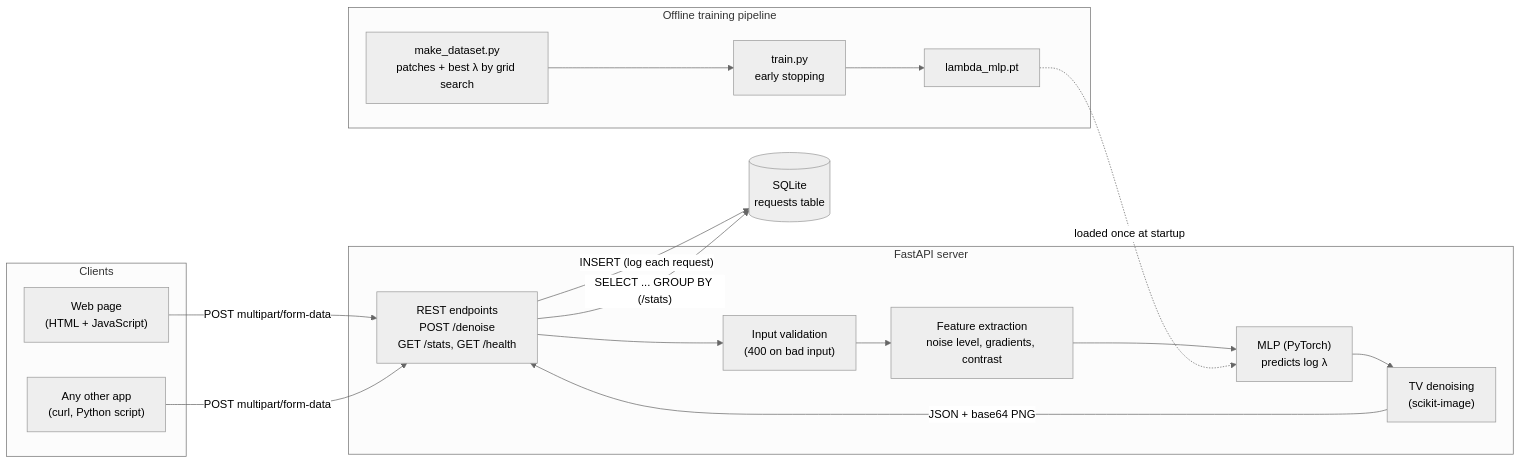
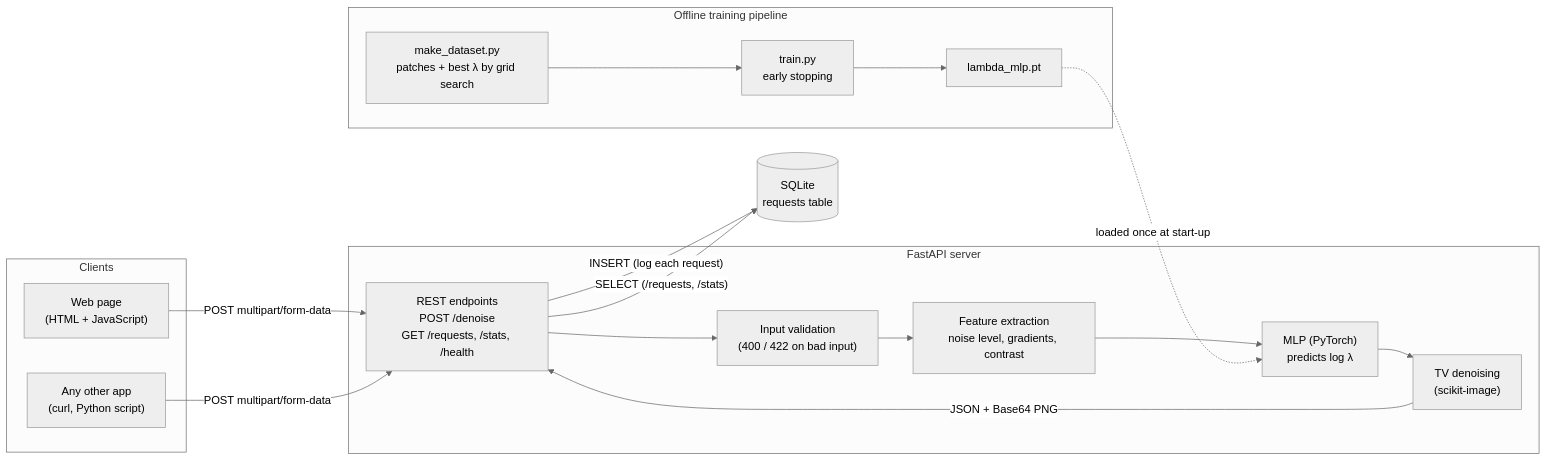
The diagram in README.md (beabrozzi/adaptive-denoise), drawn with Mermaid (neutral theme) before and after one commit. The commit also changed other lines of this file, not shown here.

````diff
--- a/README.md
+++ b/README.md
@@ -42,32 +95,32 @@
 ```mermaid
 flowchart LR
     subgraph Clients
         WEB["Web page<br/>(HTML + JavaScript)"]
         CLI["Any other app<br/>(curl, Python script)"]
     end
 
     subgraph Server["FastAPI server"]
-        API["REST endpoints<br/>POST /denoise<br/>GET /stats, GET /health"]
-        VAL["Input validation<br/>(400 on bad input)"]
+        API["REST endpoints<br/>POST /denoise<br/>GET /requests, /stats, /health"]
+        VAL["Input validation<br/>(400 / 422 on bad input)"]
         FEAT["Feature extraction<br/>noise level, gradients, contrast"]
         MLP["MLP (PyTorch)<br/>predicts log λ"]
         TV["TV denoising<br/>(scikit-image)"]
     end
 
     DB[("SQLite<br/>requests table")]
 
     subgraph Offline["Offline training pipeline"]
         DATA["make_dataset.py<br/>patches + best λ by grid search"]
         TRAIN["train.py<br/>early stopping"]
         MODEL["lambda_mlp.pt"]
     end
 
     WEB -- "POST multipart/form-data" --> API
     CLI -- "POST multipart/form-data" --> API
     API --> VAL --> FEAT --> MLP --> TV
-    TV -- "JSON + base64 PNG" --> API
+    TV -- "JSON + Base64 PNG" --> API
     API -- "INSERT (log each request)" --> DB
-    API -- "SELECT ... GROUP BY (/stats)" --> DB
+    API -- "SELECT (/requests, /stats)" --> DB
     DATA --> TRAIN --> MODEL
-    MODEL -. "loaded once at startup" .-> MLP
+    MODEL -. "loaded once at start-up" .-> MLP
 ```
````
